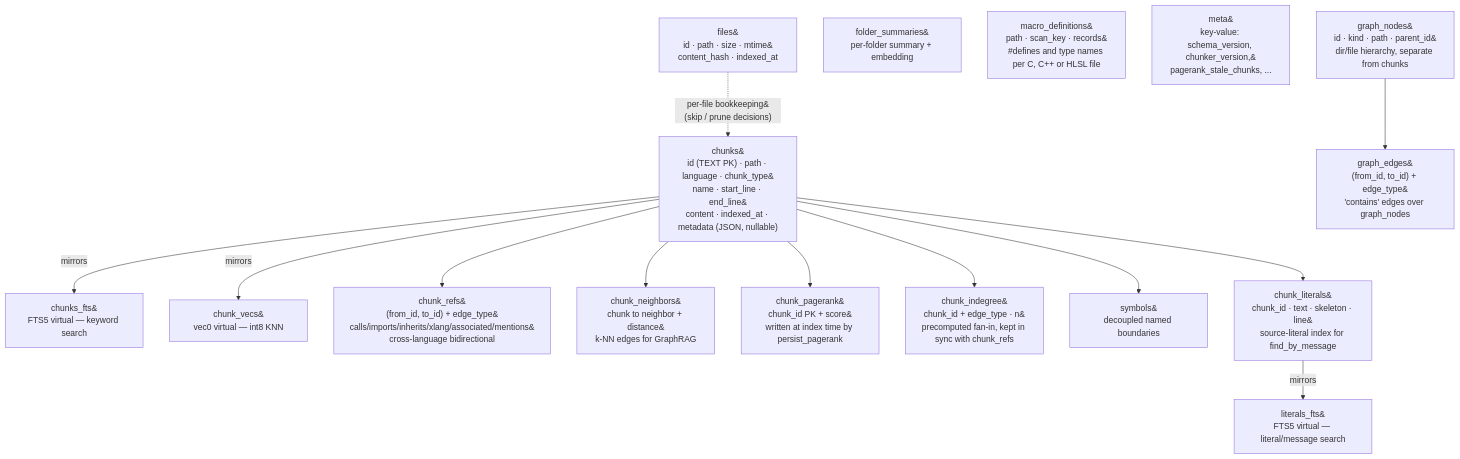
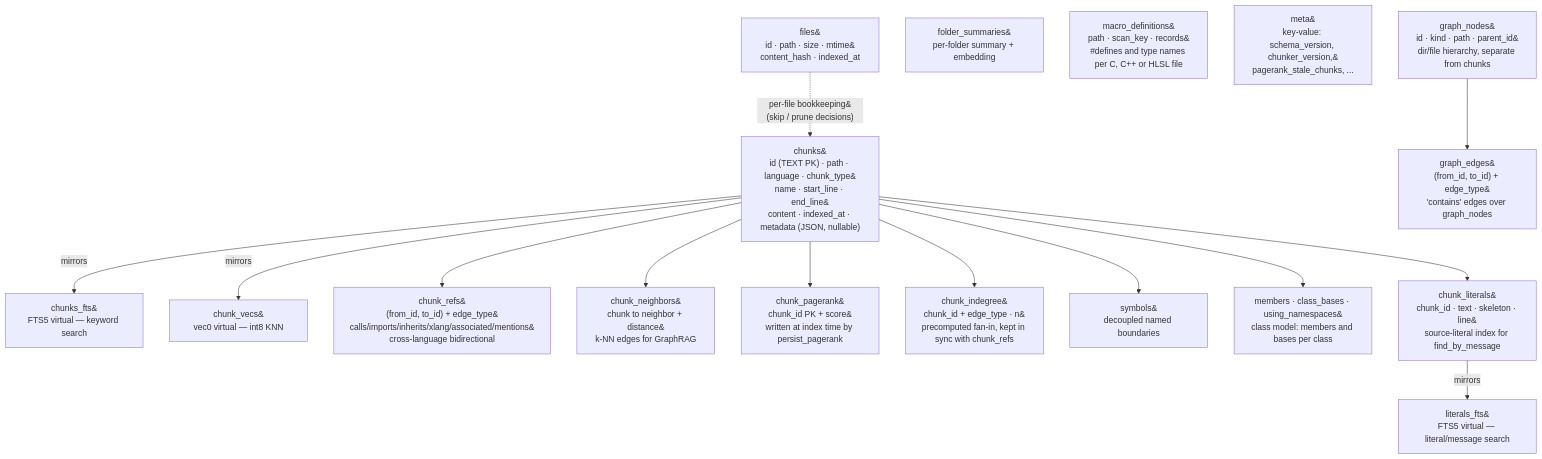
Before and after one commit to mgonzalez01/Chonks: the second of 2 diagrams in DOCS.md, drawn with Mermaid. The commit also changed other lines of this file and 12 other files, not shown here.

First line of the commit message:
Record each C++ class's members and bases

````diff
--- a/DOCS.md
+++ b/DOCS.md
@@ -91,20 +91,21 @@
 ```mermaid
 flowchart TD
     FILES["files&#10;id &middot; path &middot; size &middot; mtime&#10;content_hash &middot; indexed_at"] -.->|"per-file bookkeeping&#10;(skip / prune decisions)"| CHUNKS
     CHUNKS["chunks&#10;id (TEXT PK) &middot; path &middot; language &middot; chunk_type&#10;name &middot; start_line &middot; end_line&#10;content &middot; indexed_at &middot; metadata (JSON, nullable)"]
     CHUNKS -->|mirrors| FTS["chunks_fts&#10;FTS5 virtual &mdash; keyword search"]
     CHUNKS -->|mirrors| VECS["chunk_vecs&#10;vec0 virtual &mdash; int8 KNN"]
     CHUNKS --> REFS["chunk_refs&#10;(from_id, to_id) + edge_type&#10;calls/imports/inherits/xlang/associated/mentions&#10;cross-language bidirectional"]
     CHUNKS --> NEI["chunk_neighbors&#10;chunk to neighbor + distance&#10;k-NN edges for GraphRAG"]
     CHUNKS --> PR["chunk_pagerank&#10;chunk_id PK + score&#10;written at index time by persist_pagerank"]
     CHUNKS --> INDEG["chunk_indegree&#10;chunk_id + edge_type &middot; n&#10;precomputed fan-in, kept in sync with chunk_refs"]
     CHUNKS --> SYMS["symbols&#10;decoupled named boundaries"]
+    CHUNKS --> MEMB["members &middot; class_bases &middot; using_namespaces&#10;class model: members and bases per class"]
     CHUNKS --> LIT["chunk_literals&#10;chunk_id &middot; text &middot; skeleton &middot; line&#10;source-literal index for find_by_message"]
     LIT -->|mirrors| LFTS["literals_fts&#10;FTS5 virtual &mdash; literal/message search"]
     FOLD["folder_summaries&#10;per-folder summary + embedding"]
     MDEFS["macro_definitions&#10;path &middot; scan_key &middot; records&#10;#defines and type names per C, C++ or HLSL file"]
     META["meta&#10;key-value: schema_version, chunker_version,&#10;pagerank_stale_chunks, ..."]
     GNODES["graph_nodes&#10;id &middot; kind &middot; path &middot; parent_id&#10;dir/file hierarchy, separate from chunks"]
     GEDGES["graph_edges&#10;(from_id, to_id) + edge_type&#10;'contains' edges over graph_nodes"]
     GNODES --> GEDGES
 ```
````
